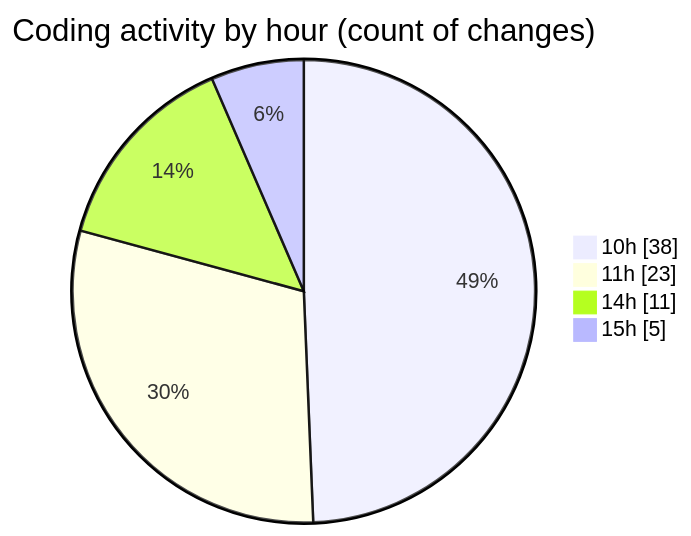
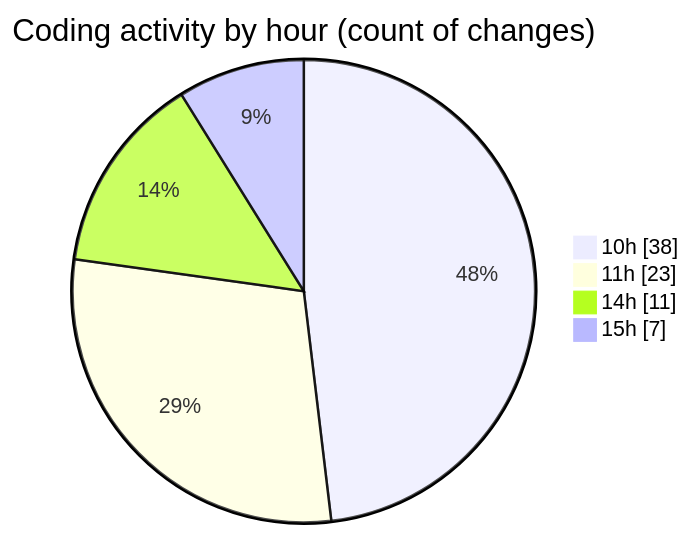
Before and after one commit to nxtqubesakshisongat/code-tracking: the second of 2 diagrams in 2026-03-10/nxtqube_webapp/README.md, drawn with Mermaid. The commit also changed other lines of this file and 1 other file, not shown here.

````diff
--- a/2026-03-10/nxtqube_webapp/README.md
+++ b/2026-03-10/nxtqube_webapp/README.md
@@ -36,8 +38,8 @@
 ```mermaid
 pie showData
 title Coding activity by hour (count of changes)
 "10h" : 38
 "11h" : 23
 "14h" : 11
-"15h" : 5
+"15h" : 7
 ```
````
